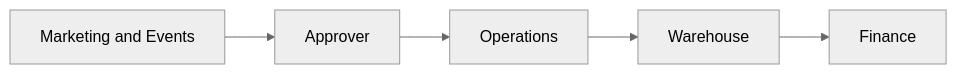
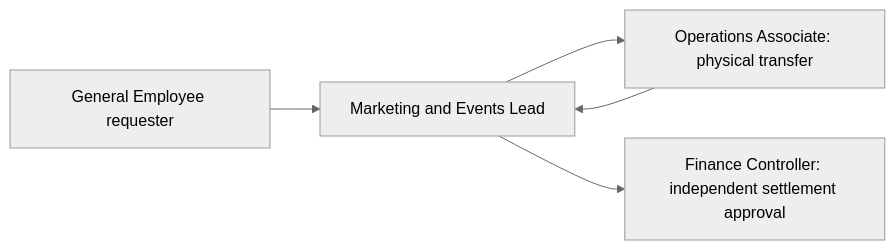
One commit to normanwashere/mwell-intra changed diagram 23 of 27 in docs/manual/MWELL_INTRA_USER_MANUAL.md. Above: the diagram before and after it, drawn with Mermaid (neutral theme). The commit also changed other lines of this file and 114 other files, not shown here.

````diff
--- a/docs/manual/MWELL_INTRA_USER_MANUAL.md
+++ b/docs/manual/MWELL_INTRA_USER_MANUAL.md
@@ -571,8 +584,8 @@
 ```mermaid
 %% handbook-flow: workflow=event-custody; view=role; stages=Demand|Approval|Transfer|Event|Outcome|Return|Settlement
 flowchart LR
-  M[Marketing and Events] --> A[Approver]
-  A --> O[Operations]
-  O --> W[Warehouse]
-  W --> F[Finance]
+  R[General Employee requester] --> M[Marketing and Events Lead]
+  M --> W[Operations Associate: physical transfer]
+  W --> M
+  M --> F[Finance Controller: independent settlement approval]
 ```
````
